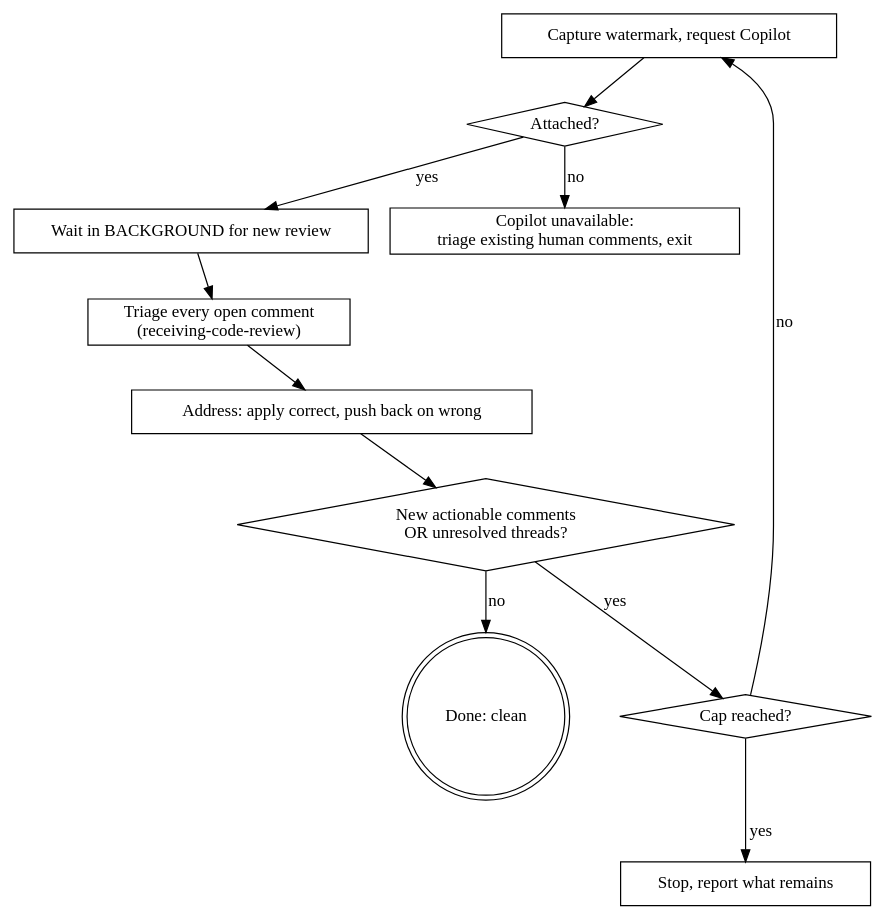
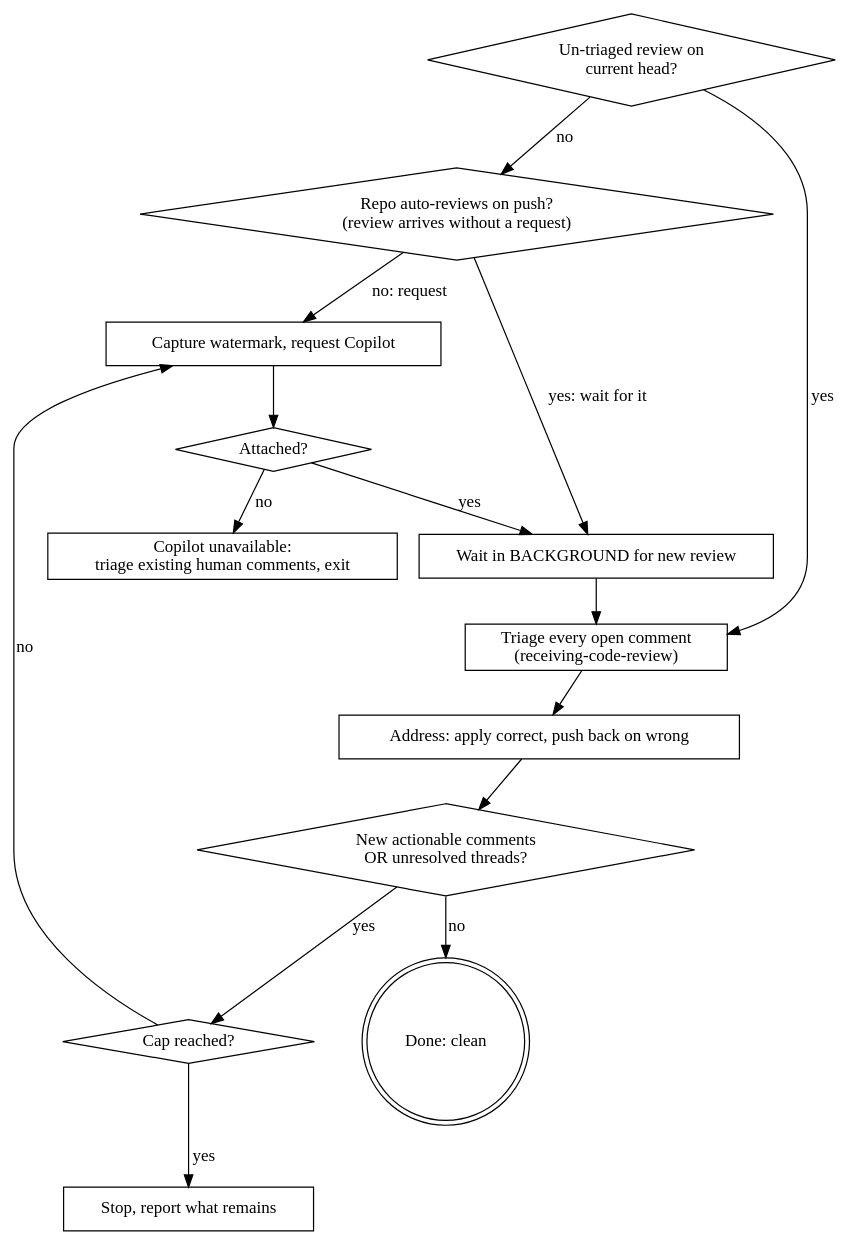
The diagram in skills/review-loop/SKILL.md (sourcehawk/feature-dev-workflow), drawn with Graphviz before and after one commit. The commit also changed other lines of this file, not shown here.

First line of the commit message:
fix(skills/review-loop): triage existing reviews instead of double-requesting (#15)

````diff
--- a/skills/review-loop/SKILL.md
+++ b/skills/review-loop/SKILL.md
@@ -40,25 +40,31 @@
 ```dot
 digraph review_loop {
+    "Un-triaged review on\ncurrent head?" [shape=diamond];
+    "Repo auto-reviews on push?\n(review arrives without a request)" [shape=diamond];
     "Capture watermark, request Copilot" [shape=box];
     "Attached?" [shape=diamond];
     "Copilot unavailable:\ntriage existing human comments, exit" [shape=box];
     "Wait in BACKGROUND for new review" [shape=box];
     "Triage every open comment\n(receiving-code-review)" [shape=box];
     "Address: apply correct, push back on wrong" [shape=box];
     "New actionable comments\nOR unresolved threads?" [shape=diamond];
     "Cap reached?" [shape=diamond];
     "Done: clean" [shape=doublecircle];
     "Stop, report what remains" [shape=box];
 
+    "Un-triaged review on\ncurrent head?" -> "Triage every open comment\n(receiving-code-review)" [label="yes"];
+    "Un-triaged review on\ncurrent head?" -> "Repo auto-reviews on push?\n(review arrives without a request)" [label="no"];
+    "Repo auto-reviews on push?\n(review arrives without a request)" -> "Wait in BACKGROUND for new review" [label="yes: wait for it"];
+    "Repo auto-reviews on push?\n(review arrives without a request)" -> "Capture watermark, request Copilot" [label="no: request"];
     "Capture watermark, request Copilot" -> "Attached?";
     "Attached?" -> "Copilot unavailable:\ntriage existing human comments, exit" [label="no"];
     "Attached?" -> "Wait in BACKGROUND for new review" [label="yes"];
     "Wait in BACKGROUND for new review" -> "Triage every open comment\n(receiving-code-review)";
     "Triage every open comment\n(receiving-code-review)" -> "Address: apply correct, push back on wrong";
     "Address: apply correct, push back on wrong" -> "New actionable comments\nOR unresolved threads?";
     "New actionable comments\nOR unresolved threads?" -> "Cap reached?" [label="yes"];
     "Cap reached?" -> "Capture watermark, request Copilot" [label="no"];
     "Cap reached?" -> "Stop, report what remains" [label="yes"];
     "New actionable comments\nOR unresolved threads?" -> "Done: clean" [label="no"];
 }
 ```
````
